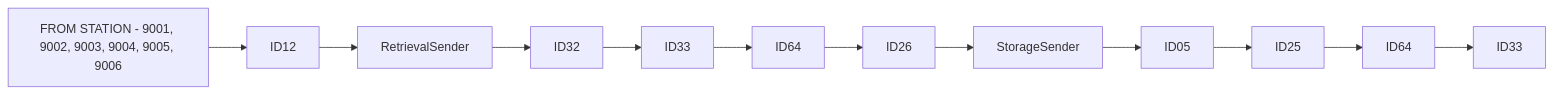
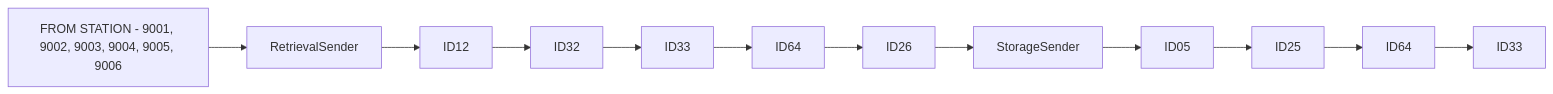
The first of 12 diagrams in Basic-Design/DFD-WMS/Retrieval/Transfer-Setting/Tempering-to-Ambient.md (luthfiadityaa/SimeDarby-Wiki), drawn with Mermaid before and after one commit.

Commit message:
Updated Tempering to Ambient

```diff
--- a/Basic-Design/DFD-WMS/Retrieval/Transfer-Setting/Tempering-to-Ambient.md
+++ b/Basic-Design/DFD-WMS/Retrieval/Transfer-Setting/Tempering-to-Ambient.md
@@ -8,5 +8,5 @@
 ::: mermaid
 flowchart LR
   
-P1[FROM STATION - 9001, 9002, 9003, 9004, 9005, 9006]-->P2[ID12]-->P3[RetrievalSender]-->P4[ID32]-->P5[ID33]-->P6[ID64]-->P7[ID26]-->P8[StorageSender]-->P9[ID05]-->P10[ID25]-->P11[ID64]-->P12[ID33]
+P1[FROM STATION - 9001, 9002, 9003, 9004, 9005, 9006]-->P2[RetrievalSender]-->P3[ID12]-->P4[ID32]-->P5[ID33]-->P6[ID64]-->P7[ID26]-->P8[StorageSender]-->P9[ID05]-->P10[ID25]-->P11[ID64]-->P12[ID33]
 :::
```
